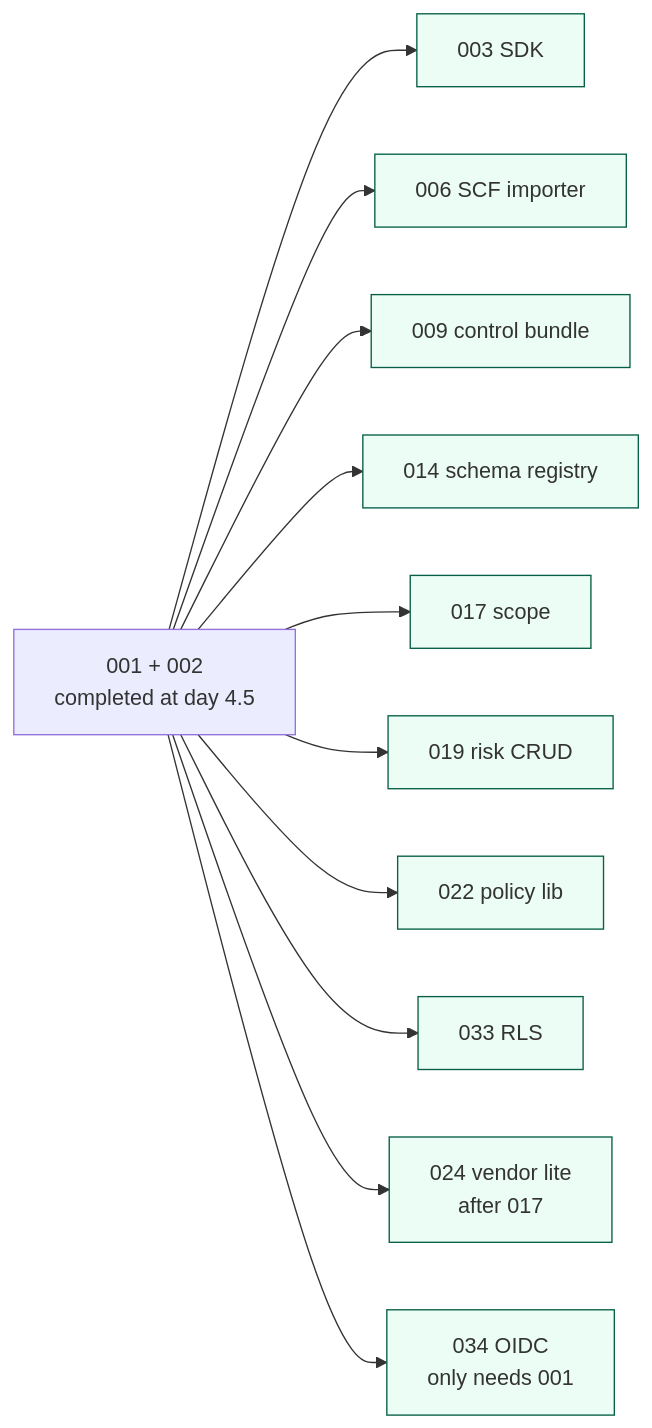
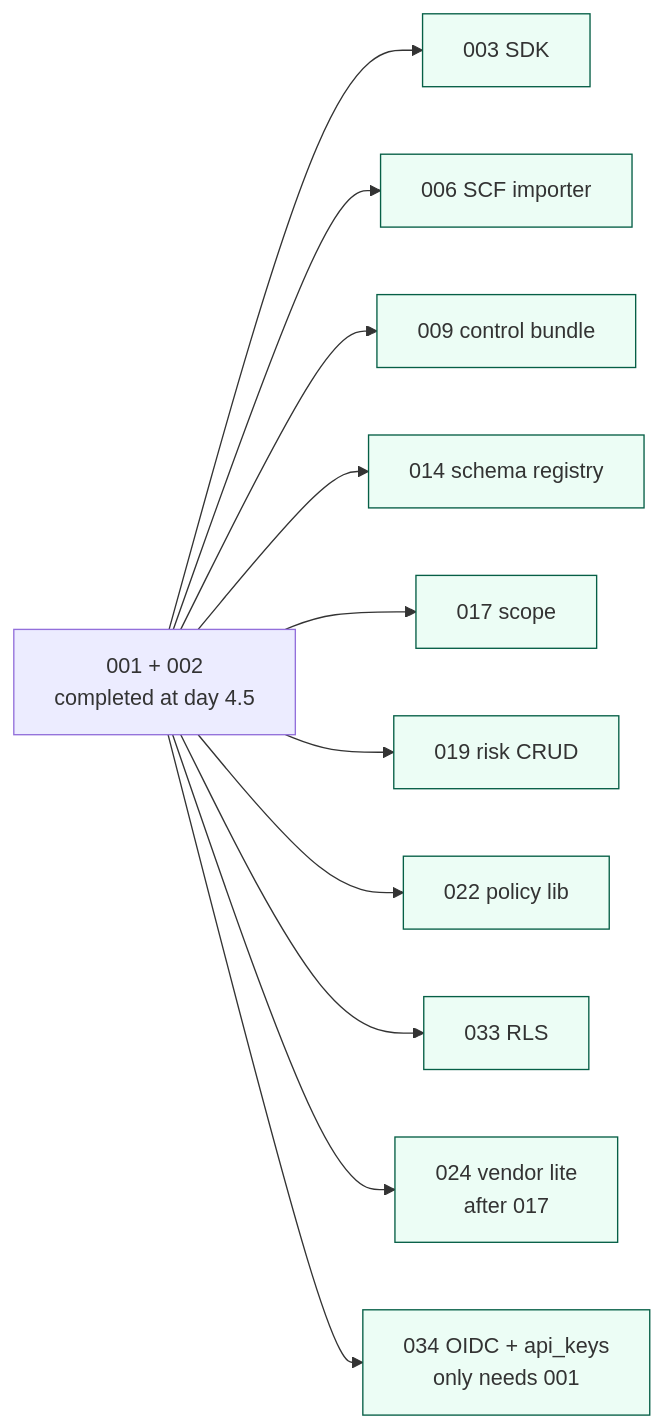
One commit to mgoodric/security-atlas changed the third of 3 diagrams in docs/issues/_DEPENDENCY_GRAPH.md. Above: the diagram before and after it, drawn with Mermaid. The commit also changed other lines of this file and 11 other files, not shown here.

````diff
--- a/docs/issues/_DEPENDENCY_GRAPH.md
+++ b/docs/issues/_DEPENDENCY_GRAPH.md
@@ -260,16 +282,16 @@
 ```mermaid
 graph LR
     Trunk[001 + 002<br/>completed at day 4.5] --> S003[003 SDK]
     Trunk --> S006[006 SCF importer]
     Trunk --> S009[009 control bundle]
     Trunk --> S014[014 schema registry]
     Trunk --> S017[017 scope]
     Trunk --> S019[019 risk CRUD]
     Trunk --> S022[022 policy lib]
     Trunk --> S033[033 RLS]
     Trunk --> S024[024 vendor lite<br/>after 017]
-    Trunk --> S034[034 OIDC<br/>only needs 001]
+    Trunk --> S034[034 OIDC + api_keys<br/>only needs 001]
 
     classDef stream fill:#ecfdf5,stroke:#065f46
     class S003,S006,S009,S014,S017,S019,S022,S033,S024,S034 stream
 ```
````
